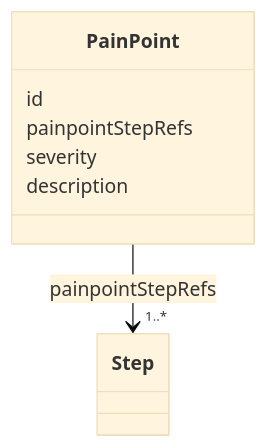
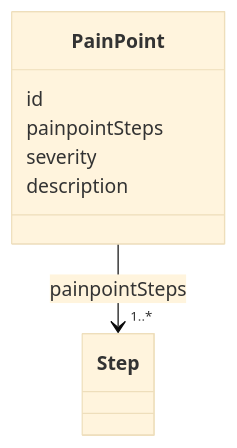
The diagram in specs/ed/modules/experience-annotation/index.md (openuji/spec-ujg), drawn with Mermaid (base theme) before and after one commit. The commit also changed other lines of this file and 370 other files, not shown here.

````diff
--- a/specs/ed/modules/experience-annotation/index.md
+++ b/specs/ed/modules/experience-annotation/index.md
@@ -28,11 +28,11 @@
 ```mermaid
 classDiagram
   class Step
   class PainPoint {
     id
-    painpointStepRefs
+    painpointSteps
     severity
     description
   }
-  PainPoint --> "1..*" Step : painpointStepRefs
+  PainPoint --> "1..*" Step : painpointSteps
 ```
````
